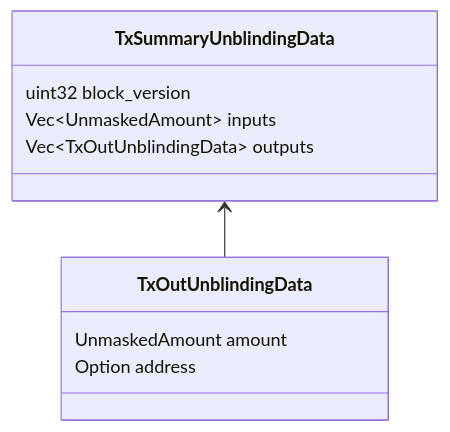
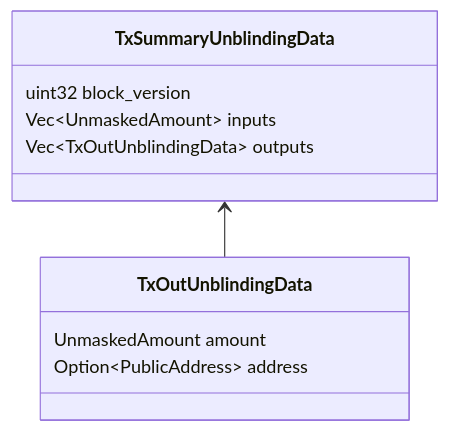
One commit to mobilecoinfoundation/mcips changed the second of 2 diagrams in text/0052-tx-summary-digest.md. Above: the diagram before and after it, drawn with Mermaid. The commit also changed other lines of this file, not shown here.

````diff
--- a/text/0052-tx-summary-digest.md
+++ b/text/0052-tx-summary-digest.md
@@ -133,10 +134,10 @@
 ```mermaid
 classDiagram
 direction BT
 TxOutUnblindingData --> TxSummaryUnblindingData
 TxSummaryUnblindingData: uint32 block_version
 TxSummaryUnblindingData: Vec~UnmaskedAmount~ inputs
 TxSummaryUnblindingData: Vec~TxOutUnblindingData~ outputs
 TxOutUnblindingData: UnmaskedAmount amount
-TxOutUnblindingData: Option<PublicAddress> address
+TxOutUnblindingData: Option~PublicAddress~ address
 ```
````
